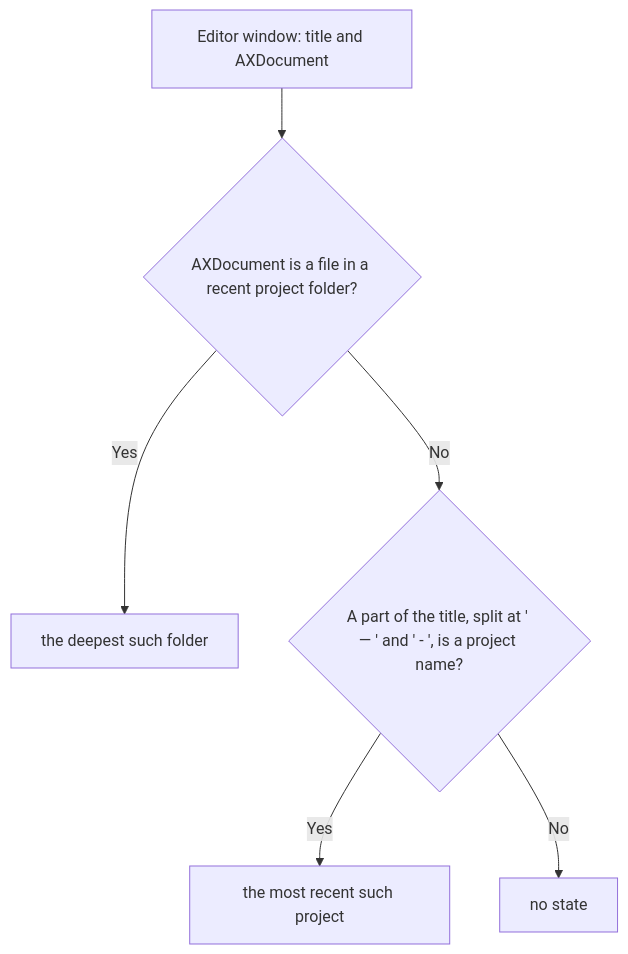
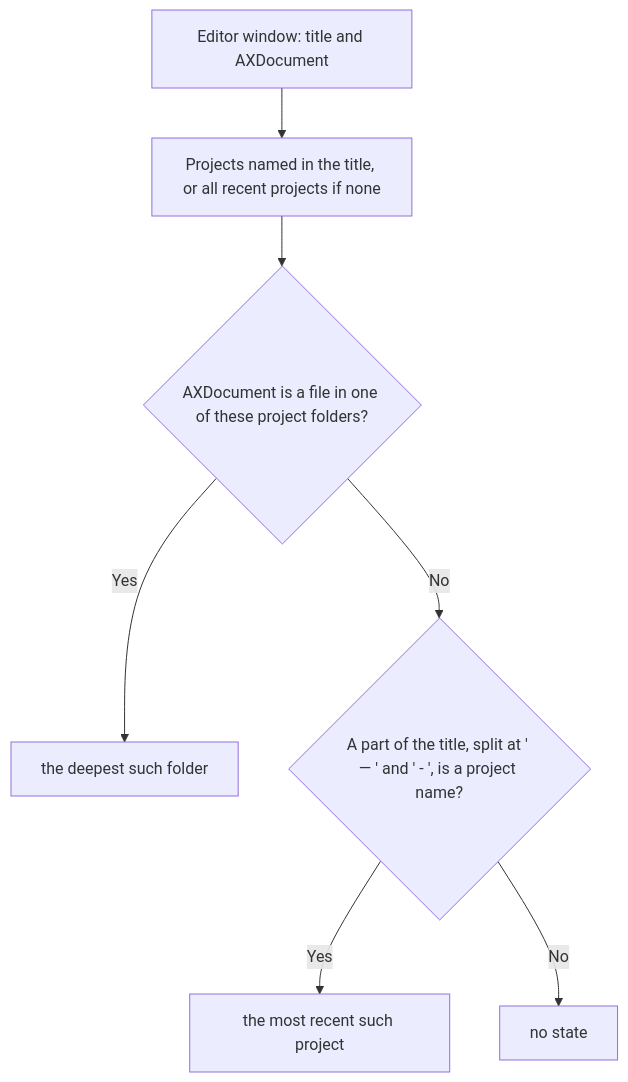
Before and after one commit to ganya002/CatWM: the seventh of 16 diagrams in docs/internals/window-session.md, drawn with Mermaid. The commit also changed other lines of this file and 2 other files, not shown here.

Commit message:
fix(session): save the project named in the editor window (#293)

````diff
--- a/docs/internals/window-session.md
+++ b/docs/internals/window-session.md
@@ -233,8 +233,9 @@
 ```mermaid
 flowchart TD
-    Win["Editor window: title and AXDocument"] --> Doc{"AXDocument is a file in a recent project folder?"}
+    Win["Editor window: title and AXDocument"] --> Pool["Projects named in the title, or all recent projects if none"]
+    Pool --> Doc{"AXDocument is a file in one of these project folders?"}
     Doc -- Yes --> Deep["the deepest such folder"]
     Doc -- No --> Title{"A part of the title, split at ' — ' and ' - ', is a project name?"}
     Title -- Yes --> Recent["the most recent such project"]
     Title -- No --> None["no state"]
 ```
````
